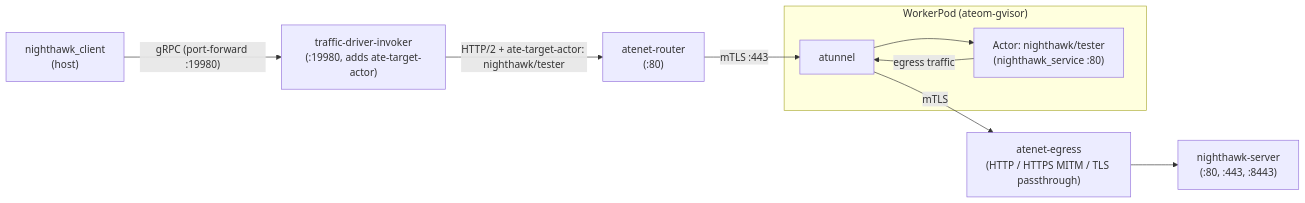
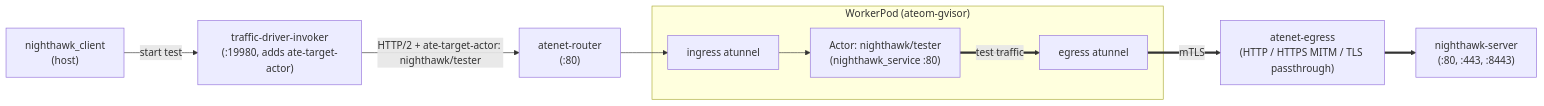
One commit to agent-substrate/substrate changed the diagram in benchmarking/nighthawk-egress/README.md. Above: the diagram before and after it, drawn with Mermaid.

Commit message:
fix flowchart

````diff
--- a/benchmarking/nighthawk-egress/README.md
+++ b/benchmarking/nighthawk-egress/README.md
@@ -7,22 +7,23 @@
 ```mermaid
 flowchart LR
     client["nighthawk_client<br/>(host)"]
     invoker["traffic-driver-invoker<br/>(:19980, adds ate-target-actor)"]
     router["atenet-router<br/>(:80)"]
 
     subgraph worker["WorkerPod (ateom-gvisor)"]
-        atunnel["atunnel"]
+        atunnel-ingress["ingress atunnel"]
         actor["Actor: nighthawk/tester<br/>(nighthawk_service :80)"]
+        atunnel-egress["egress atunnel"]
     end
 
     egress["atenet-egress<br/>(HTTP / HTTPS MITM / TLS passthrough)"]
     server["nighthawk-server<br/>(:80, :443, :8443)"]
 
-    client -->|"gRPC (port-forward :19980)"| invoker
+    client -->|"start test"| invoker
     invoker -->|"HTTP/2 + ate-target-actor: nighthawk/tester"| router
-    router -->|"mTLS :443"| atunnel
-    atunnel --> actor
-    actor -->|"egress traffic"| atunnel
-    atunnel -->|"mTLS"| egress
-    egress --> server
+    router --> atunnel-ingress
+    atunnel-ingress --> actor
+    actor ==>|"test traffic"| atunnel-egress
+    atunnel-egress ==>|"mTLS"| egress
+    egress ==> server
 ```
````
